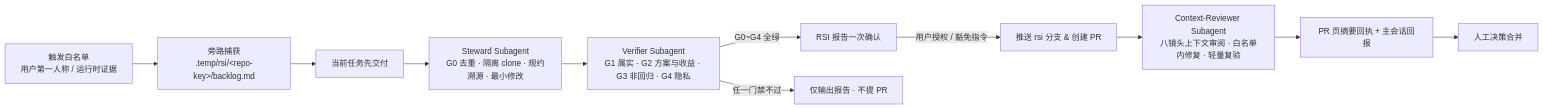
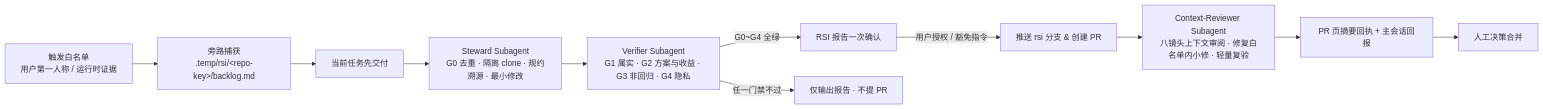
The diagram in references/protocol.md (ThreeFish-AI/rsi), drawn with Mermaid before and after one commit. The commit also changed other lines of this file and 12 other files, not shown here.

````diff
--- a/references/protocol.md
+++ b/references/protocol.md
@@ -17,13 +17,13 @@
 ```mermaid
 flowchart LR
     T["触发白名单<br/>用户第一人称 / 运行时证据"] --> C["旁路捕获<br/>.temp/rsi/&lt;repo-key&gt;/backlog.md"]
     C --> D["当前任务先交付"]
     D --> S["Steward Subagent<br/>G0 去重 · 隔离 clone · 规约溯源 · 最小修改"]
     S --> V["Verifier Subagent<br/>G1 属实 · G2 方案与收益 · G3 非回归 · G4 隐私"]
     V -- "G0~G4 全绿" --> A["RSI 报告一次确认"]
     A -- "用户授权 / 豁免指令" --> P["推送 rsi 分支 &amp; 创建 PR"]
-    P --> X["Context-Reviewer Subagent<br/>八镜头上下文审阅 · 白名单内修复 · 轻量复验"]
+    P --> X["Context-Reviewer Subagent<br/>八镜头上下文审阅 · 修复白名单内小修 · 轻量复验"]
     X --> M["PR 页摘要回执 + 主会话回报"]
     M --> H["人工决策合并"]
     V -- "任一门禁不过" --> R["仅输出报告 · 不提 PR"]
 ```
````
